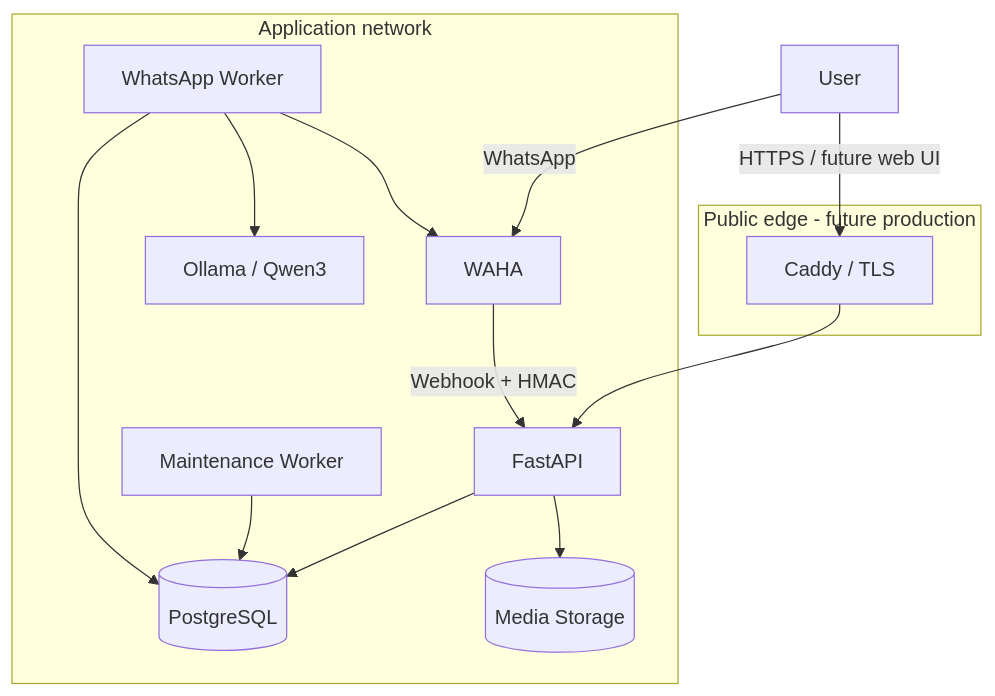
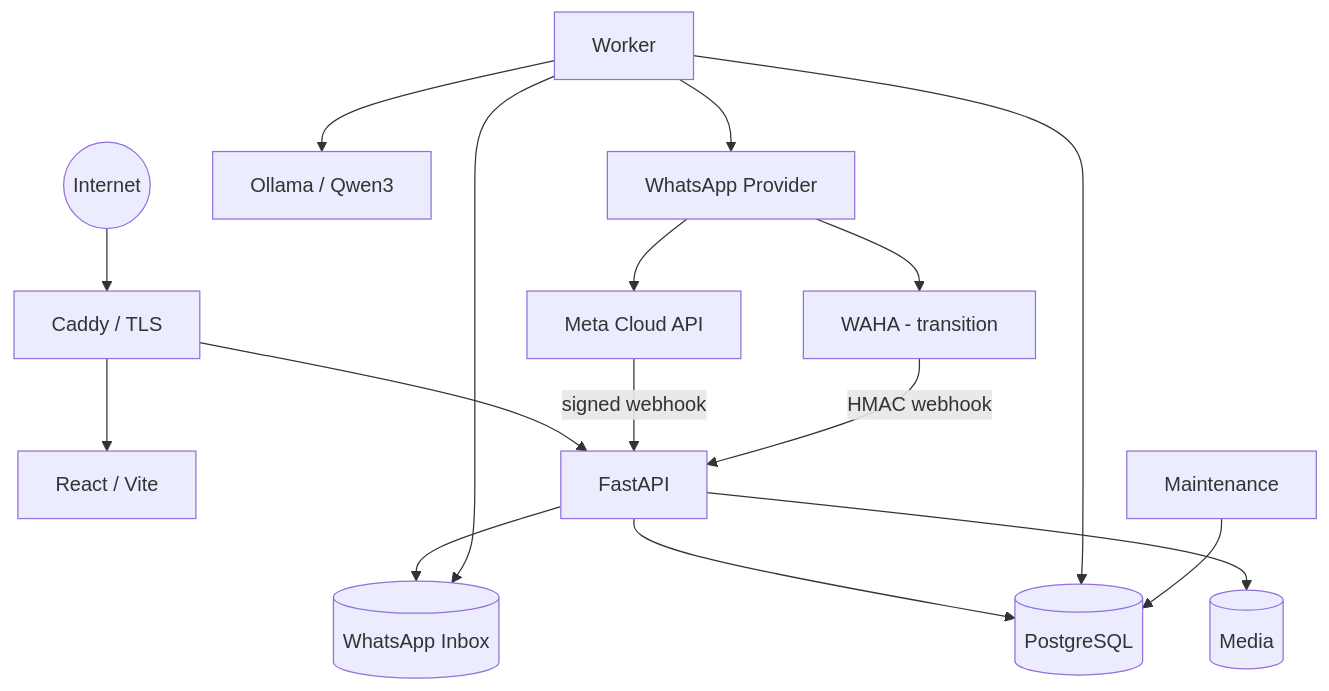
The first of 3 diagrams in docs/architecture.md (lucaserre/nautilusbook_showcase), drawn with Mermaid before and after one commit. The commit also changed other lines of this file, not shown here.

Commit message:
docs: refresh docs/architecture.md for Pelagium

````diff
--- a/docs/architecture.md
+++ b/docs/architecture.md
@@ -15,27 +16,23 @@
 ```mermaid
 flowchart TB
-    subgraph PublicEdge[Public edge - future production]
-        CADDY[Caddy / TLS]
-    end
+    INTERNET((Internet)) --> CADDY[Caddy / TLS]
+    CADDY --> FRONT[React / Vite]
+    CADDY --> API[FastAPI]
 
-    subgraph Application[Application network]
-        API[FastAPI]
-        WORKER[WhatsApp Worker]
-        MAINT[Maintenance Worker]
-        DB[(PostgreSQL)]
-        OLLAMA[Ollama / Qwen3]
-        WAHA[WAHA]
-        MEDIA[(Media Storage)]
-    end
+    API --> DB[(PostgreSQL)]
+    API --> MEDIA[(Media)]
+    API --> INBOX[(WhatsApp Inbox)]
 
-    USER[User] -->|HTTPS / future web UI| CADDY
-    CADDY --> API
-    USER -->|WhatsApp| WAHA
-    WAHA -->|Webhook + HMAC| API
-    API --> DB
-    API --> MEDIA
+    WORKER[Worker] --> INBOX
     WORKER --> DB
-    WORKER --> OLLAMA
-    WORKER --> WAHA
-    MAINT --> DB
+    WORKER --> LLM[Ollama / Qwen3]
+    WORKER --> WP[WhatsApp Provider]
+
+    WP --> WAHA[WAHA - transition]
+    WP --> META[Meta Cloud API]
+
+    META -->|signed webhook| API
+    WAHA -->|HMAC webhook| API
+
+    MAINT[Maintenance] --> DB
 ```
````
